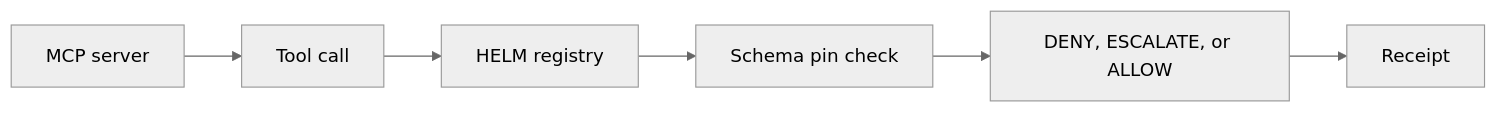
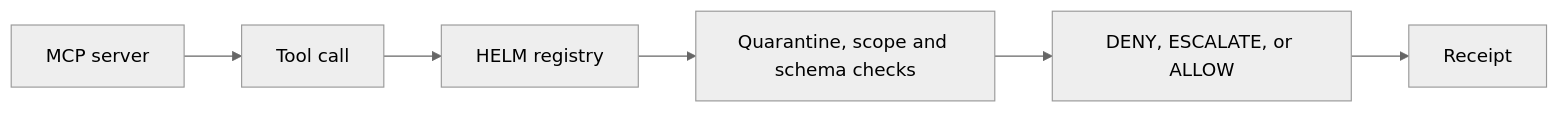
One commit to Mindburn-Labs/helm-ai-kernel changed the diagram in docs/use-cases/mcp-execution-firewall.md. Above: the diagram before and after it, drawn with Mermaid (neutral theme). The commit also changed other lines of this file and 1 other file, not shown here.

Commit message:
fix(demo): make demo-mcp.sh match the current fail-closed API [HELM-756 s4c]
The demo had drifted from main in four places:
- /api/v1/evaluate needs a session_id (#854);
- approvals need timelock_until and expires_at, and a transition needs
  expected_ceremony_hash;
- MCP registry approval and the CLI --approved flag fail closed without a
  credential-verified approval authority (NV-005).

The script now sends the fields the API requires and asserts the fail-closed
outcome instead of an ALLOW. make demo-mcp passes locally. The MCP use-case
page no longer describes a schema-pin check.

````diff
--- a/docs/use-cases/mcp-execution-firewall.md
+++ b/docs/use-cases/mcp-execution-firewall.md
@@ -16,8 +16,8 @@
 ```mermaid
 flowchart LR
     Server["MCP server"] --> Tool["Tool call"]
     Tool --> Registry["HELM registry"]
-    Registry --> Pin["Schema pin check"]
-    Pin --> Verdict["DENY, ESCALATE, or ALLOW"]
+    Registry --> Scope["Quarantine, scope and schema checks"]
+    Scope --> Verdict["DENY, ESCALATE, or ALLOW"]
     Verdict --> Receipt["Receipt"]
 ```
````
